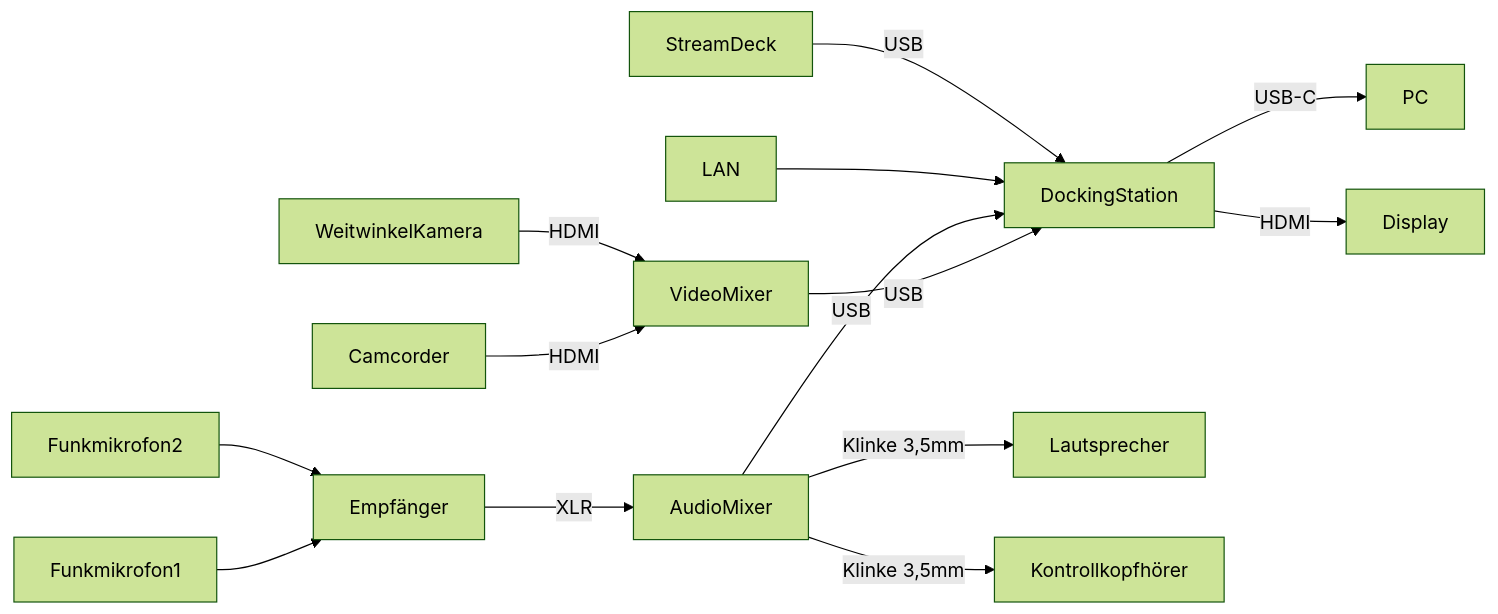
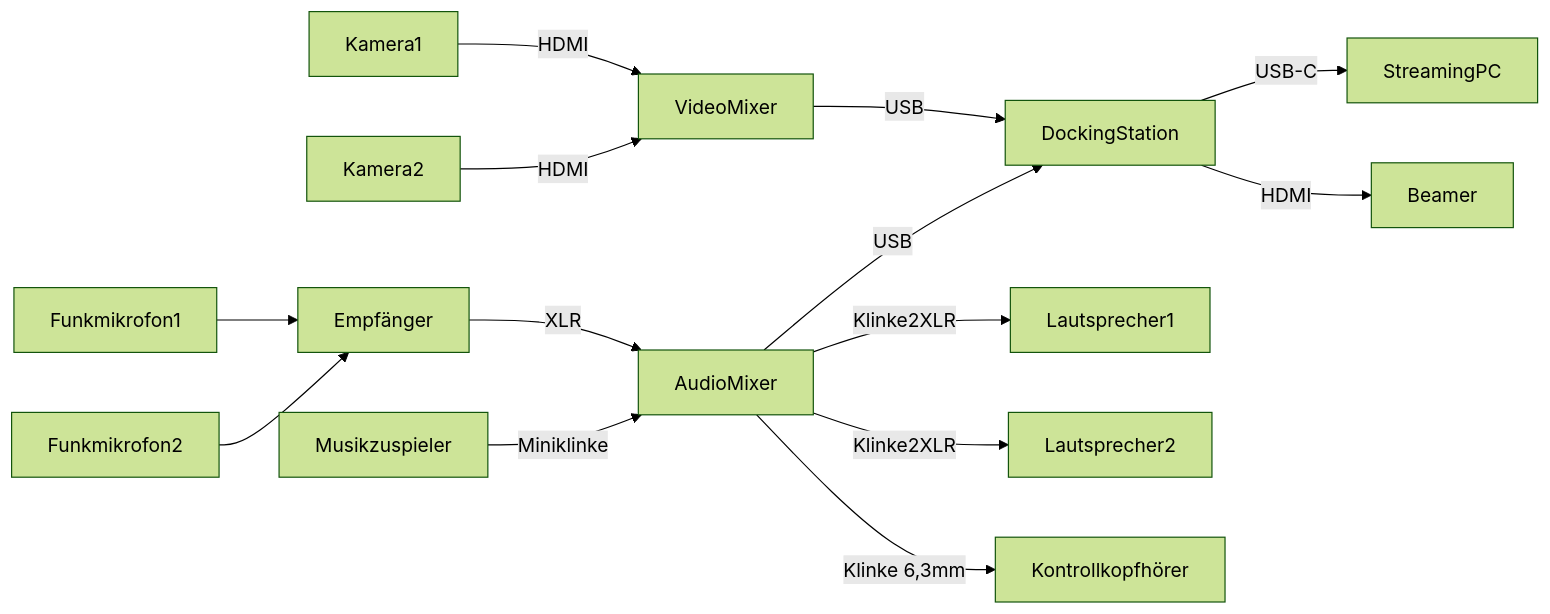
Before and after one commit to cogneon/digital-asset-pool: the diagram in gkc25/Readme.md, drawn with Mermaid (forest theme). The commit also changed other lines of this file, not shown here.

Commit message:
Signalflussplan erstellt

````diff
--- a/gkc25/Readme.md
+++ b/gkc25/Readme.md
@@ -26,16 +26,16 @@
 ```mermaid
 graph LR;
-      Camcorder-->|HDMI|VideoMixer;
-      WeitwinkelKamera-->|HDMI|VideoMixer;
+      Kamera1-->|HDMI|VideoMixer;
+      Kamera2-->|HDMI|VideoMixer;
       VideoMixer-->|USB|DockingStation;
-      DockingStation-->|USB-C|PC;
-      AudioMixer-->|Klinke 3,5mm|Lautsprecher;
+      DockingStation-->|USB-C|StreamingPC;
+      AudioMixer-->|Klinke2XLR|Lautsprecher1;
+      AudioMixer-->|Klinke2XLR|Lautsprecher2;
       AudioMixer-->|USB|DockingStation;
-      AudioMixer-->|Klinke 3,5mm|Kontrollkopfhörer;
+      AudioMixer-->|Klinke 6,3mm|Kontrollkopfhörer;
       Funkmikrofon1-->Empfänger;
       Funkmikrofon2-->Empfänger;
       Empfänger-->|XLR|AudioMixer;
-      LAN-->DockingStation;
-      StreamDeck-->|USB|DockingStation;
-      DockingStation-->|HDMI|Display;
+      DockingStation-->|HDMI|Beamer;
+      Musikzuspieler-->|Miniklinke|AudioMixer;
 ```
````
